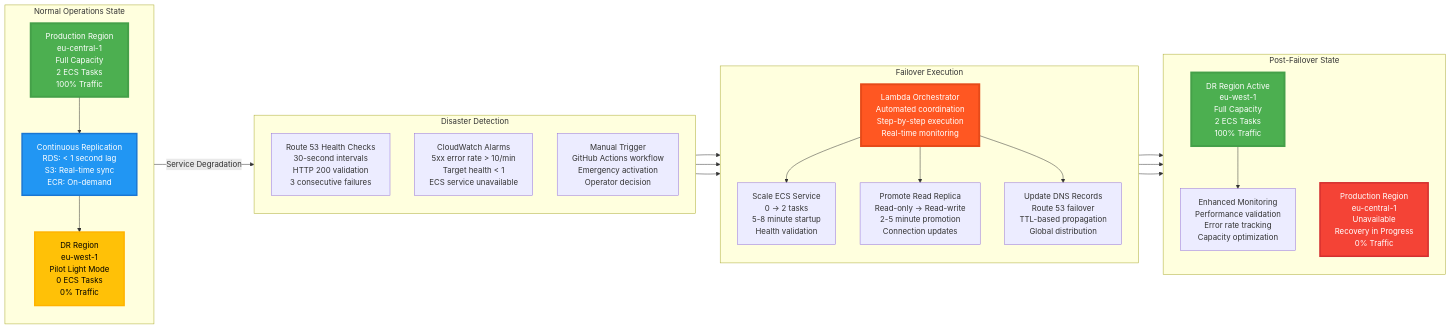
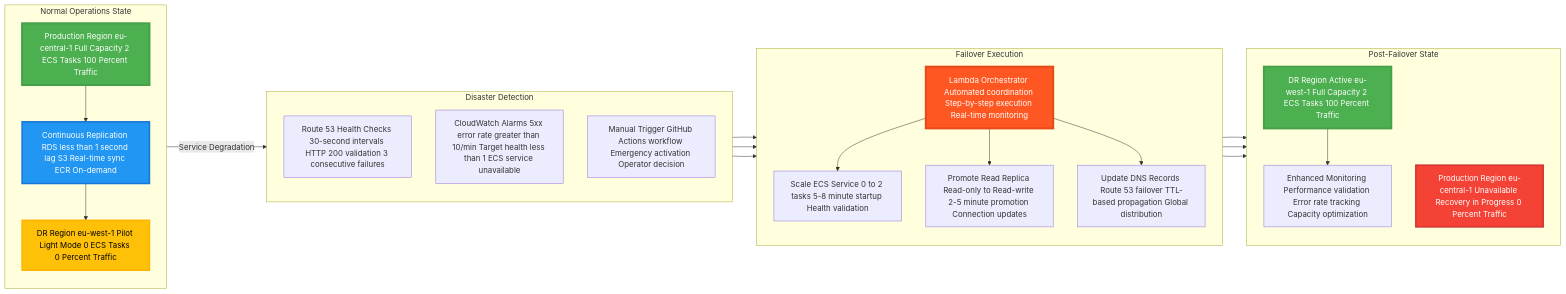
The third of 20 diagrams in README.md (mangucletus/disaster-recovery-for-containerized-lamp-stack-application), drawn with Mermaid before and after one commit. The commit also changed other lines of this file, not shown here.

````diff
--- a/README.md
+++ b/README.md
@@ -239,55 +239,55 @@
 ```mermaid
 graph LR
     subgraph "Normal Operations State"
         direction TB
-        ProdActive[Production Region<br/>eu-central-1<br/>Full Capacity<br/>2 ECS Tasks<br/>100% Traffic]
-        DRStandby[DR Region<br/>eu-west-1<br/>Pilot Light Mode<br/>0 ECS Tasks<br/>0% Traffic]
-        DataFlow[Continuous Replication<br/>RDS: < 1 second lag<br/>S3: Real-time sync<br/>ECR: On-demand]
+        ProdActive[Production Region eu-central-1 Full Capacity 2 ECS Tasks 100 Percent Traffic]
+        DRStandby[DR Region eu-west-1 Pilot Light Mode 0 ECS Tasks 0 Percent Traffic]
+        DataFlow[Continuous Replication RDS less than 1 second lag S3 Real-time sync ECR On-demand]
     end
     
     subgraph "Disaster Detection"
         direction TB
-        HealthCheck[Route 53 Health Checks<br/>30-second intervals<br/>HTTP 200 validation<br/>3 consecutive failures]
-        CloudWatch[CloudWatch Alarms<br/>5xx error rate > 10/min<br/>Target health < 1<br/>ECS service unavailable]
-        Manual[Manual Trigger<br/>GitHub Actions workflow<br/>Emergency activation<br/>Operator decision]
+        HealthCheck[Route 53 Health Checks 30-second intervals HTTP 200 validation 3 consecutive failures]
+        CloudWatch[CloudWatch Alarms 5xx error rate greater than 10/min Target health less than 1 ECS service unavailable]
+        Manual[Manual Trigger GitHub Actions workflow Emergency activation Operator decision]
     end
     
     subgraph "Failover Execution"
         direction TB
-        Lambda[Lambda Orchestrator<br/>Automated coordination<br/>Step-by-step execution<br/>Real-time monitoring]
-        ECSScale[Scale ECS Service<br/>0 → 2 tasks<br/>5-8 minute startup<br/>Health validation]
-        RDSPromote[Promote Read Replica<br/>Read-only → Read-write<br/>2-5 minute promotion<br/>Connection updates]
-        DNSUpdate[Update DNS Records<br/>Route 53 failover<br/>TTL-based propagation<br/>Global distribution]
+        Lambda[Lambda Orchestrator Automated coordination Step-by-step execution Real-time monitoring]
+        ECSScale[Scale ECS Service 0 to 2 tasks 5-8 minute startup Health validation]
+        RDSPromote[Promote Read Replica Read-only to Read-write 2-5 minute promotion Connection updates]
+        DNSUpdate[Update DNS Records Route 53 failover TTL-based propagation Global distribution]
     end
     
     subgraph "Post-Failover State"
         direction TB
-        DRActive[DR Region Active<br/>eu-west-1<br/>Full Capacity<br/>2 ECS Tasks<br/>100% Traffic]
-        ProdDown[Production Region<br/>eu-central-1<br/>Unavailable<br/>Recovery in Progress<br/>0% Traffic]
-        Monitoring[Enhanced Monitoring<br/>Performance validation<br/>Error rate tracking<br/>Capacity optimization]
+        DRActive[DR Region Active eu-west-1 Full Capacity 2 ECS Tasks 100 Percent Traffic]
+        ProdDown[Production Region eu-central-1 Unavailable Recovery in Progress 0 Percent Traffic]
+        Monitoring[Enhanced Monitoring Performance validation Error rate tracking Capacity optimization]
     end
     
     ProdActive --> DataFlow
     DataFlow --> DRStandby
     
     ProdActive -->|Service Degradation| HealthCheck
     HealthCheck --> Lambda
     CloudWatch --> Lambda
     Manual --> Lambda
     
     Lambda --> ECSScale
     Lambda --> RDSPromote
     Lambda --> DNSUpdate
     
     ECSScale --> DRActive
     RDSPromote --> DRActive
     DNSUpdate --> DRActive
     DRActive --> Monitoring
     
     style ProdActive fill:#4caf50,color:#ffffff,stroke:#45a049,stroke-width:4px
     style DRStandby fill:#ffc107,color:#000000,stroke:#ffb300,stroke-width:3px
     style Lambda fill:#ff5722,color:#ffffff,stroke:#e64a19,stroke-width:4px
     style DRActive fill:#4caf50,color:#ffffff,stroke:#45a049,stroke-width:4px
     style ProdDown fill:#f44336,color:#ffffff,stroke:#d32f2f,stroke-width:3px
     style DataFlow fill:#2196f3,color:#ffffff,stroke:#1976d2,stroke-width:3px
 ```
````
